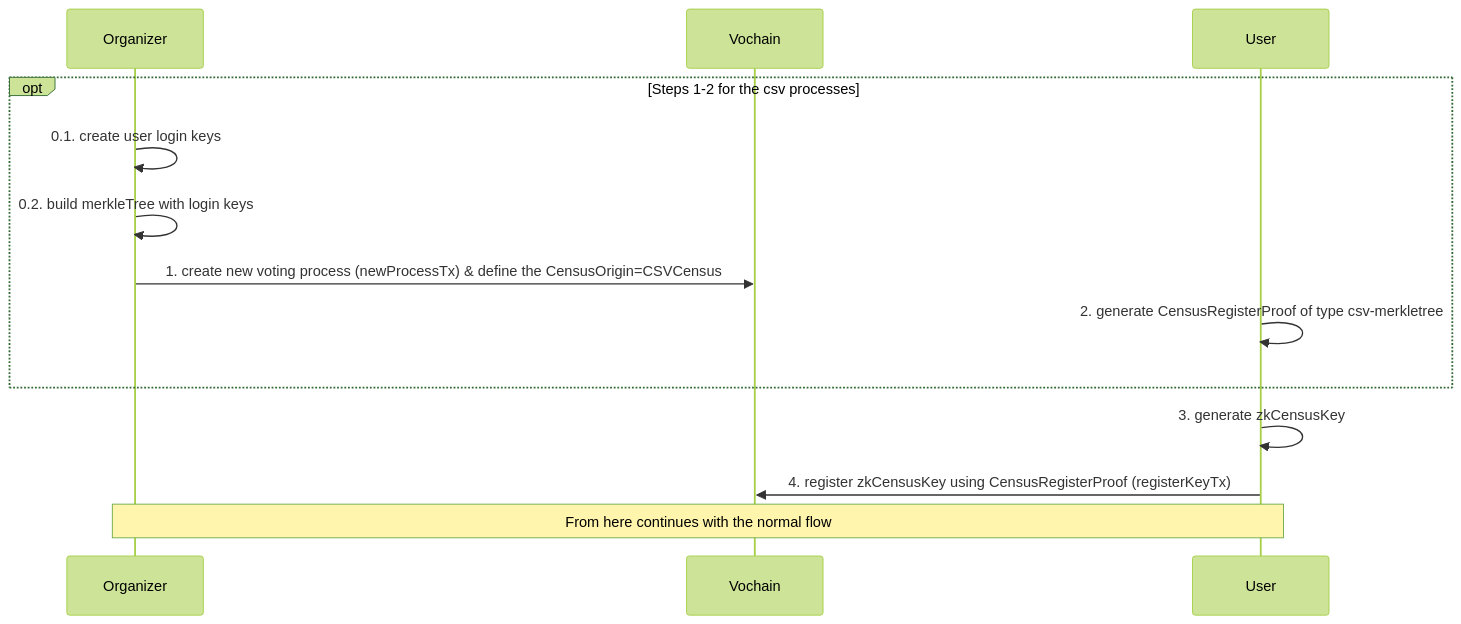
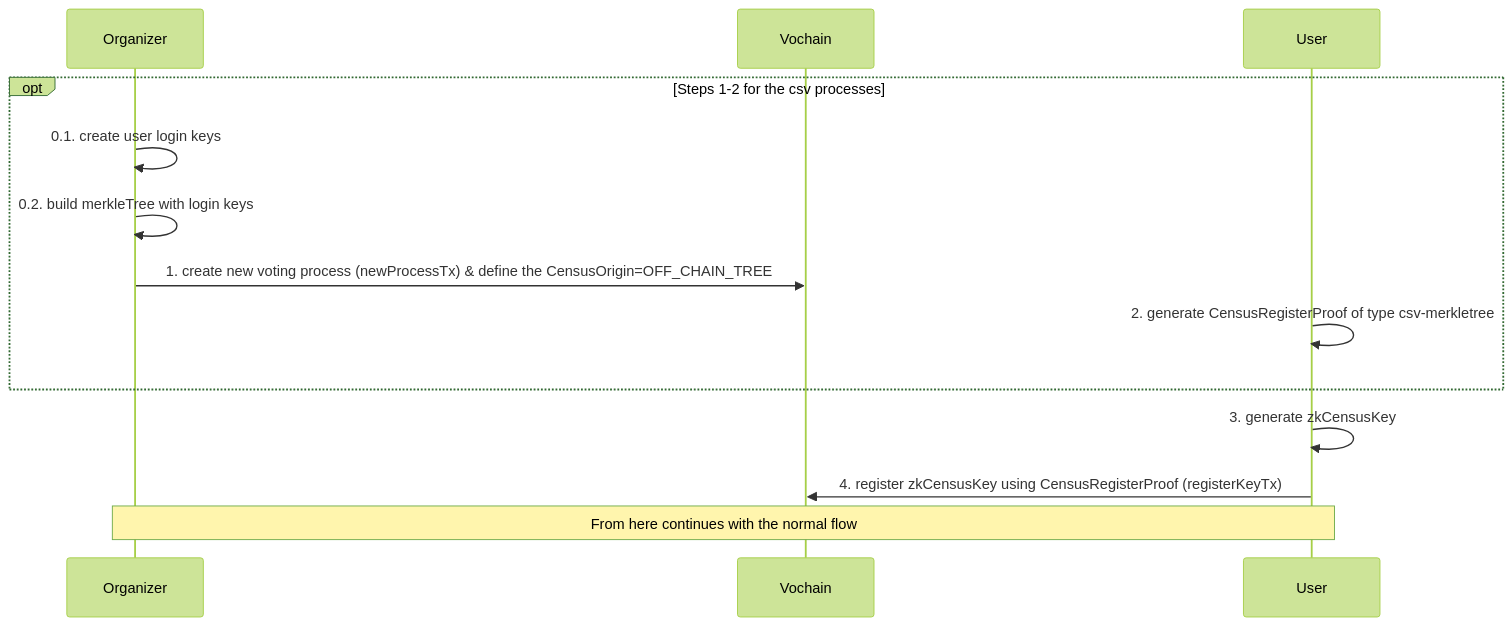
Before and after one commit to vocdoni/docs: the second of 3 diagrams in src/architecture/protocol/anonymous-voting/zk-census-proof.md, drawn with Mermaid. The commit also changed other lines of this file and 1 other file, not shown here.

````diff
--- a/src/architecture/protocol/anonymous-voting/zk-census-proof.md
+++ b/src/architecture/protocol/anonymous-voting/zk-census-proof.md
@@ -148,14 +148,14 @@
 ```mermaid
 %%{init: {'theme':'forest'}}%%
 
 sequenceDiagram
 opt Steps 1-2 for the csv processes
   Organizer->>Organizer: 0.1. create user login keys
   Organizer->>Organizer: 0.2. build merkleTree with login keys
-  Organizer->>Vochain: 1. create new voting process (newProcessTx) & define the CensusOrigin=CSVCensus
+  Organizer->>Vochain: 1. create new voting process (newProcessTx) & define the CensusOrigin=OFF_CHAIN_TREE
   User->>User: 2. generate CensusRegisterProof of type csv-merkletree
 end
 User->>User: 3. generate zkCensusKey
 User->>Vochain: 4. register zkCensusKey using CensusRegisterProof (registerKeyTx)
 Note over Organizer,User: From here continues with the normal flow
 ```
````
